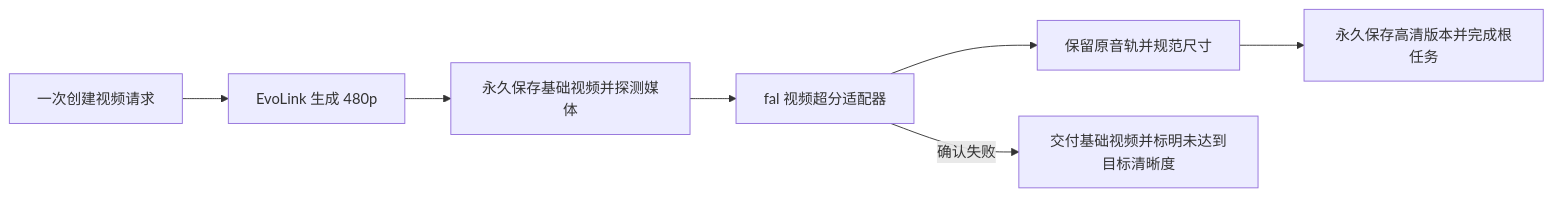
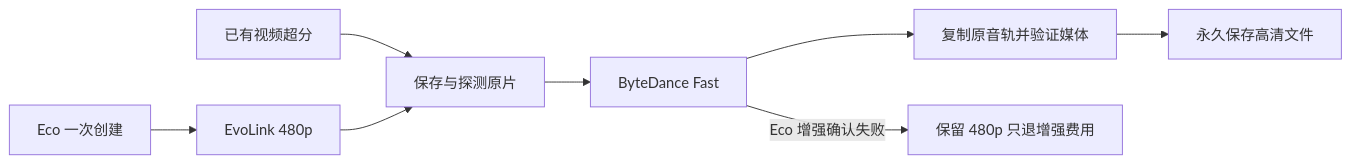
One commit to vegekyd-sys/ai-image-editor changed the diagram in docs/architecture/video-upscale-pipeline.md. Above: the diagram before and after it, drawn with Mermaid. The commit also changed other lines of this file and 52 other files, not shown here.

Commit message:
Integrate Seedance 2.5 Eco and ByteDance Fast video enhancement

````diff
--- a/docs/architecture/video-upscale-pipeline.md
+++ b/docs/architecture/video-upscale-pipeline.md
@@ -44,9 +24,10 @@
 ```mermaid
 flowchart LR
-  A[一次创建视频请求] --> B[EvoLink 生成 480p]
-  B --> C[永久保存基础视频并探测媒体]
-  C --> D[fal 视频超分适配器]
-  D --> E[保留原音轨并规范尺寸]
-  E --> F[永久保存高清版本并完成根任务]
-  D -->|确认失败| G[交付基础视频并标明未达到目标清晰度]
+  A[Eco 一次创建] --> B[EvoLink 480p]
+  C[已有视频超分] --> D[保存与探测原片]
+  B --> D
+  D --> E[ByteDance Fast]
+  E --> F[复制原音轨并验证媒体]
+  F --> G[永久保存高清文件]
+  E -->|Eco 增强确认失败| H[保留 480p 只退增强费用]
 ```
````
